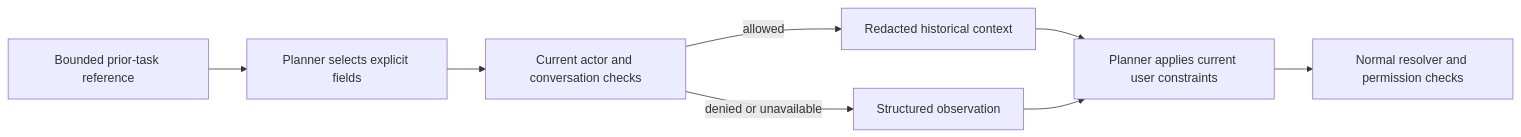
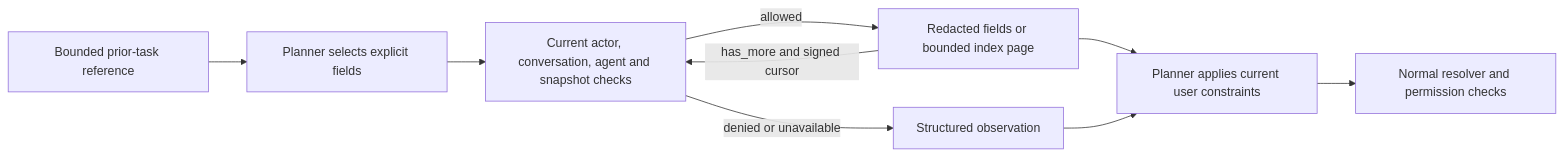
One commit to MatrixCoreX/RustClaw changed the first of 5 diagrams in docs/architecture/03-task-state-context.md. Above: the diagram before and after it, drawn with Mermaid. The commit also changed other lines of this file and 30 other files, not shown here.

Commit message:
fix(context): paginate scoped history and expose bounded previews

````diff
--- a/docs/architecture/03-task-state-context.md
+++ b/docs/architecture/03-task-state-context.md
@@ -48,10 +63,11 @@
 ```mermaid
 flowchart LR
     A[Bounded prior-task reference] --> B[Planner selects explicit fields]
-    B --> C[Current actor and conversation checks]
-    C -->|allowed| D[Redacted historical context]
+    B --> C[Current actor, conversation, agent and snapshot checks]
+    C -->|allowed| D[Redacted fields or bounded index page]
+    D -->|has_more and signed cursor| C
     C -->|denied or unavailable| E[Structured observation]
     D --> F[Planner applies current user constraints]
     F --> G[Normal resolver and permission checks]
     E --> F
 ```
````
